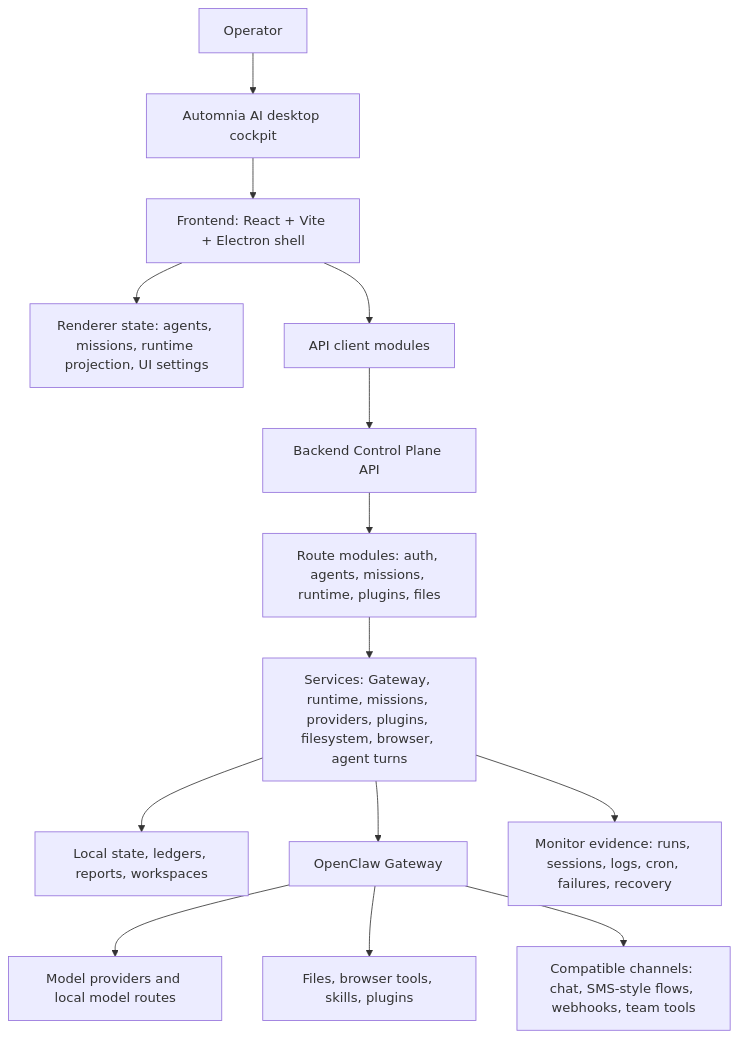
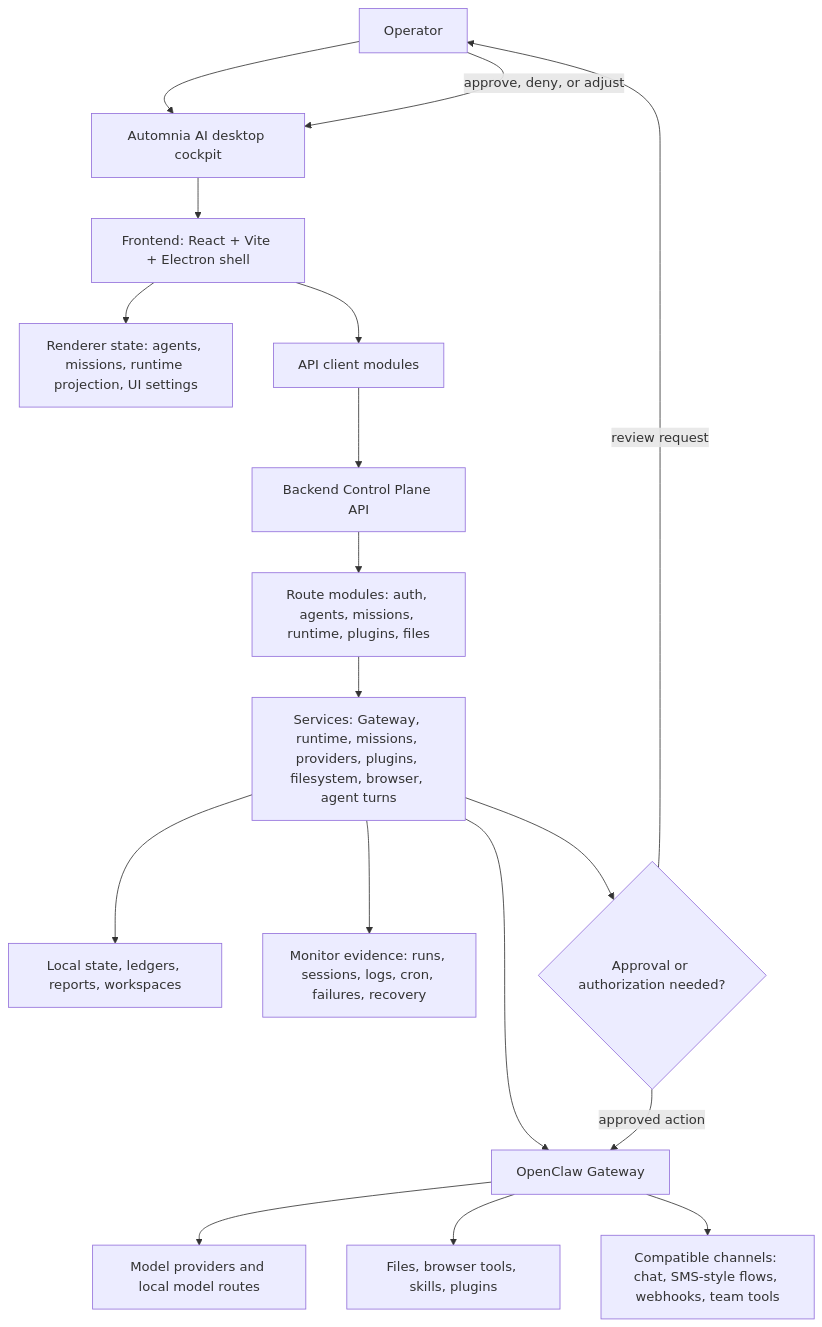
One commit to hotboysupreme12-hash/Automnia-AI-Nexus changed the diagram in README.md. Above: the diagram before and after it, drawn with Mermaid. The commit also changed other lines of this file, not shown here.

````diff
--- a/README.md
+++ b/README.md
@@ -70,16 +71,20 @@
 ```mermaid
 flowchart TD
     Operator[Operator] --> Desktop[Automnia AI desktop cockpit]
     Desktop --> Renderer[Frontend: React + Vite + Electron shell]
     Renderer --> Store[Renderer state: agents, missions, runtime projection, UI settings]
     Renderer --> Api[API client modules]
     Api --> Control[Backend Control Plane API]
     Control --> Routes[Route modules: auth, agents, missions, runtime, plugins, files]
     Routes --> Services[Services: Gateway, runtime, missions, providers, plugins, filesystem, browser, agent turns]
     Services --> Ledger[Local state, ledgers, reports, workspaces]
     Services --> Gateway[OpenClaw Gateway]
     Gateway --> Models[Model providers and local model routes]
     Gateway --> Tools[Files, browser tools, skills, plugins]
     Gateway --> Channels[Compatible channels: chat, SMS-style flows, webhooks, team tools]
     Services --> Monitor[Monitor evidence: runs, sessions, logs, cron, failures, recovery]
+    Services --> Approval{Approval or authorization needed?}
+    Approval -->|review request| Operator
+    Operator -->|approve, deny, or adjust| Desktop
+    Approval -->|approved action| Gateway
 ```
````
